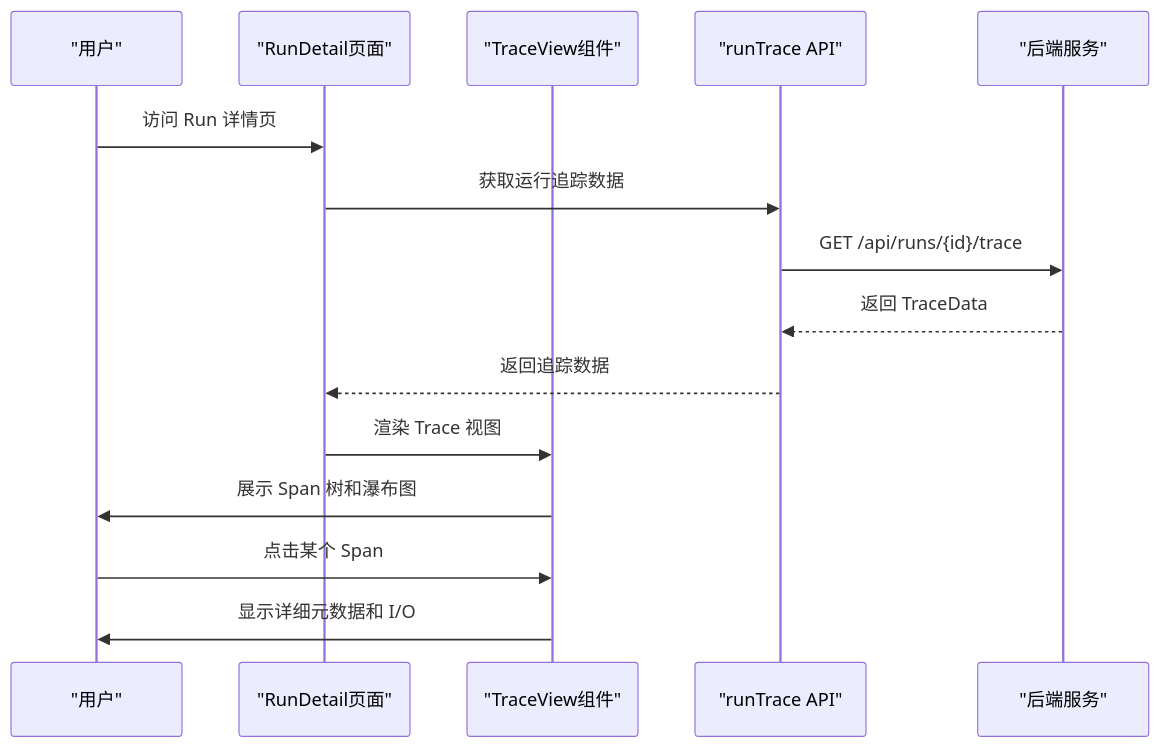
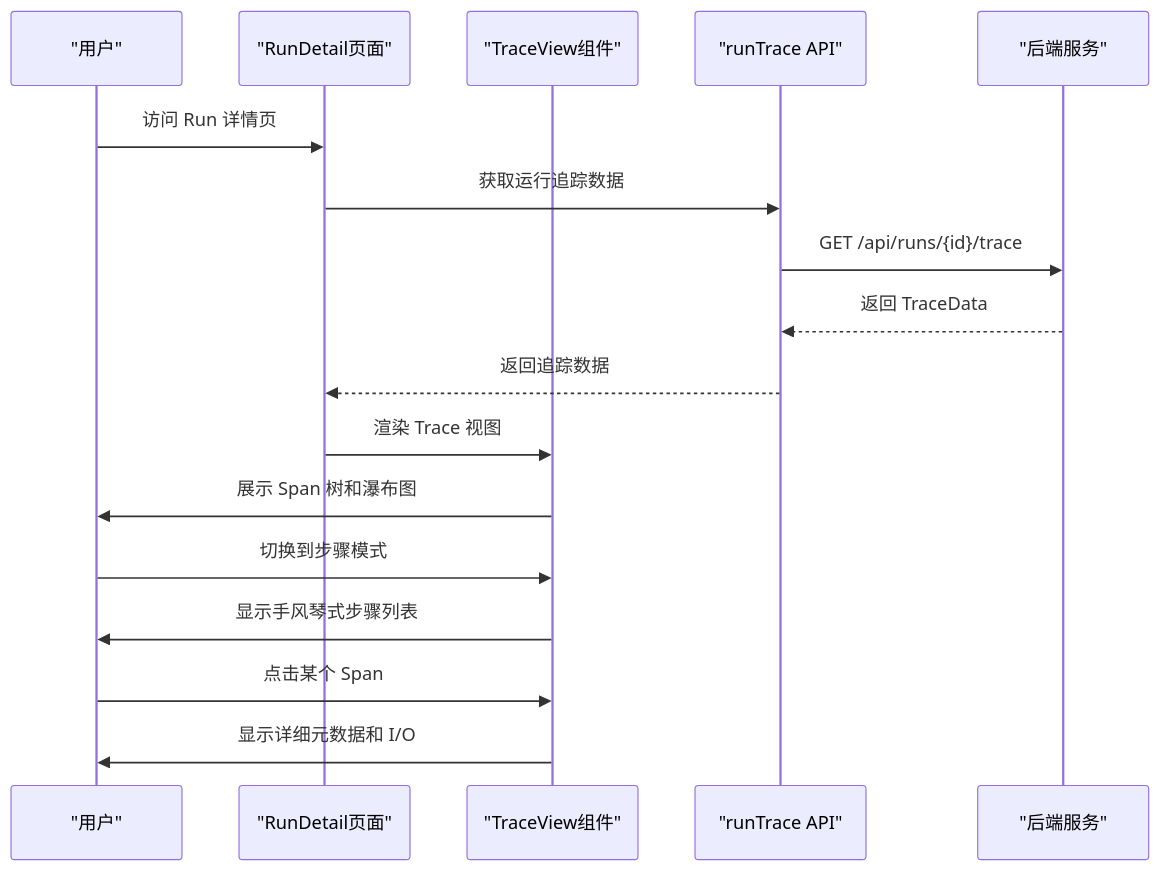
Before and after one commit to huiliuxu780/MoreThanCorn: the seventh of 10 diagrams in .qoder/repowiki/zh/content/前端架构与页面清单.md, drawn with Mermaid. The commit also changed other lines of this file and 147 other files, not shown here.

````diff
--- a/.qoder/repowiki/zh/content/前端架构与页面清单.md
+++ b/.qoder/repowiki/zh/content/前端架构与页面清单.md
@@ -749,17 +782,19 @@
 ```mermaid
 sequenceDiagram
 participant U as "用户"
 participant RD as "RunDetail页面"
 participant TV as "TraceView组件"
 participant API as "runTrace API"
 participant S as "后端服务"
 U->>RD : 访问 Run 详情页
 RD->>API : 获取运行追踪数据
 API->>S : GET /api/runs/{id}/trace
 S-->>API : 返回 TraceData
 API-->>RD : 返回追踪数据
 RD->>TV : 渲染 Trace 视图
 TV->>U : 展示 Span 树和瀑布图
+U->>TV : 切换到步骤模式
+TV->>U : 显示手风琴式步骤列表
 U->>TV : 点击某个 Span
 TV->>U : 显示详细元数据和 I/O
 ```
````
